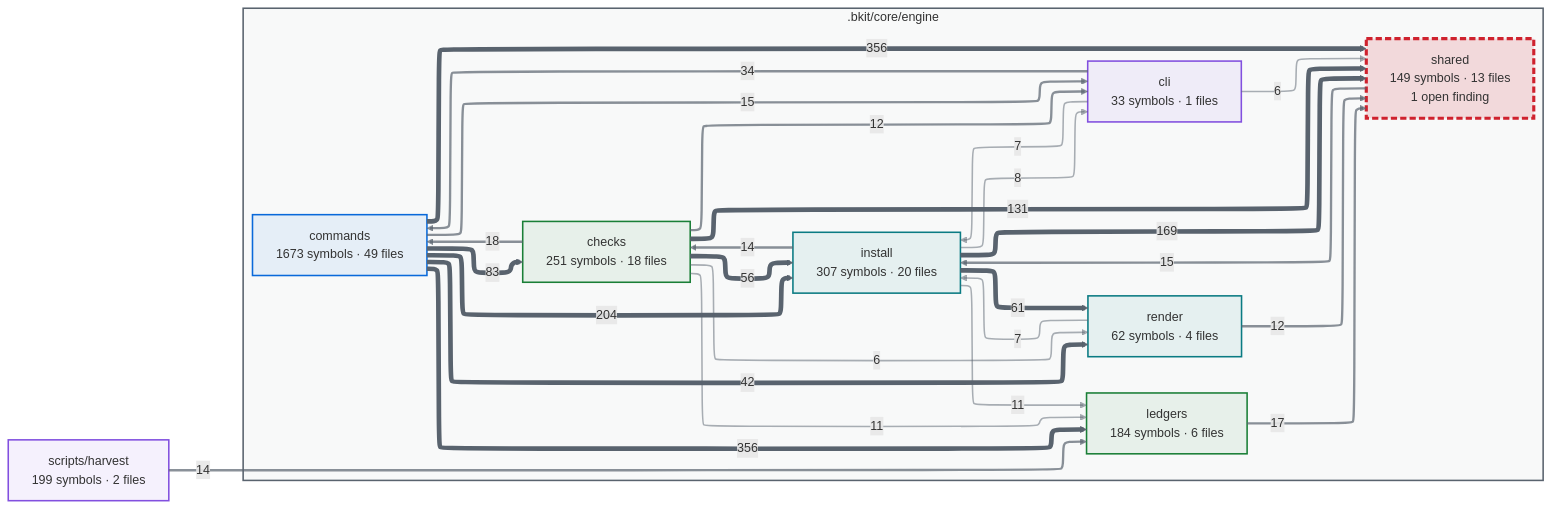
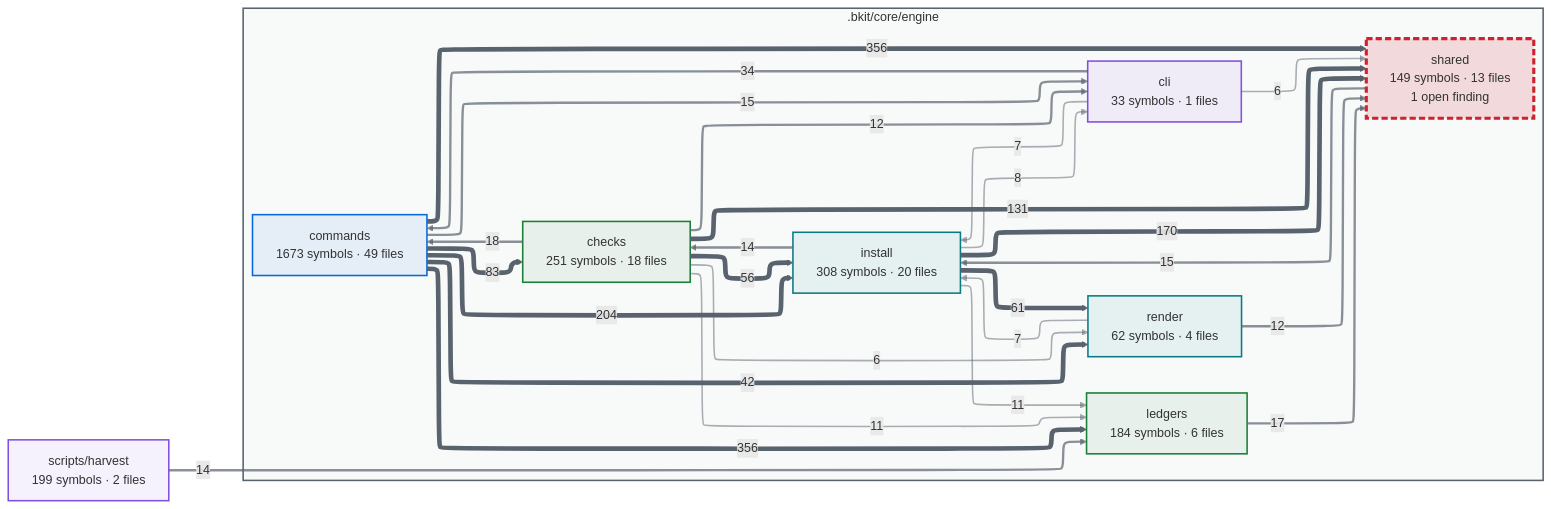
Before and after one commit to cbartens/bkit: the first of 2 diagrams in docs/capabilities.md, drawn with Mermaid. The commit also changed other lines of this file and 1 other file, not shown here.

````diff
--- a/docs/capabilities.md
+++ b/docs/capabilities.md
@@ -154,80 +154,80 @@
 ```mermaid
 ---
 config:
   layout: elk
   themeCSS: "marker { overflow: visible; } marker path { transform: scale(1.8); transform-origin: 5px 5px; }"
   flowchart:
     useMaxWidth: false
 ---
 flowchart LR
   %% Generated by bkit-graphify-rollup.py — do not edit
   subgraph gn_bkit_core_engine[".bkit/core/engine"]
     n_bkit_core_engine_checks["checks<br/>251 symbols · 18 files"]
     n_bkit_core_engine_cli["cli<br/>33 symbols · 1 files"]
     n_bkit_core_engine_commands["commands<br/>1673 symbols · 49 files"]
-    n_bkit_core_engine_install["install<br/>307 symbols · 20 files"]
+    n_bkit_core_engine_install["install<br/>308 symbols · 20 files"]
     n_bkit_core_engine_ledgers["ledgers<br/>184 symbols · 6 files"]
     n_bkit_core_engine_render["render<br/>62 symbols · 4 files"]
     n_bkit_core_engine_shared["shared<br/>149 symbols · 13 files<br/>1 open finding"]
   end
   nscripts_harvest["scripts/harvest<br/>199 symbols · 2 files"]
   n_bkit_core_engine_commands -->|356| n_bkit_core_engine_ledgers
   n_bkit_core_engine_commands -->|356| n_bkit_core_engine_shared
   n_bkit_core_engine_commands -->|204| n_bkit_core_engine_install
-  n_bkit_core_engine_install -->|169| n_bkit_core_engine_shared
+  n_bkit_core_engine_install -->|170| n_bkit_core_engine_shared
   n_bkit_core_engine_checks -->|131| n_bkit_core_engine_shared
   n_bkit_core_engine_commands -->|83| n_bkit_core_engine_checks
   n_bkit_core_engine_install -->|61| n_bkit_core_engine_render
   n_bkit_core_engine_checks -->|56| n_bkit_core_engine_install
   n_bkit_core_engine_commands -->|42| n_bkit_core_engine_render
   n_bkit_core_engine_cli -->|34| n_bkit_core_engine_commands
   n_bkit_core_engine_checks -->|18| n_bkit_core_engine_commands
   n_bkit_core_engine_ledgers -->|17| n_bkit_core_engine_shared
   n_bkit_core_engine_shared -->|15| n_bkit_core_engine_install
   n_bkit_core_engine_commands -->|15| n_bkit_core_engine_cli
   n_bkit_core_engine_install -->|14| n_bkit_core_engine_checks
   nscripts_harvest -->|14| n_bkit_core_engine_ledgers
   n_bkit_core_engine_checks -->|12| n_bkit_core_engine_cli
   n_bkit_core_engine_render -->|12| n_bkit_core_engine_shared
   n_bkit_core_engine_checks -->|11| n_bkit_core_engine_ledgers
   n_bkit_core_engine_install -->|11| n_bkit_core_engine_ledgers
   n_bkit_core_engine_install -->|8| n_bkit_core_engine_cli
   n_bkit_core_engine_cli -->|7| n_bkit_core_engine_install
   n_bkit_core_engine_render -->|7| n_bkit_core_engine_install
   n_bkit_core_engine_checks -->|6| n_bkit_core_engine_render
   n_bkit_core_engine_cli -->|6| n_bkit_core_engine_shared
   style gn_bkit_core_engine fill:#59636e0a,stroke:#59636e,stroke-width:2px
   style n_bkit_core_engine_checks stroke:#1a7f37,stroke-width:2px,fill:#1a7f3714
   style n_bkit_core_engine_cli stroke:#8250df,stroke-width:2px,fill:#8250df14
   style n_bkit_core_engine_commands stroke:#0969da,stroke-width:2px,fill:#0969da14
   style n_bkit_core_engine_install stroke:#0a7b83,stroke-width:2px,fill:#0a7b8314
   style n_bkit_core_engine_ledgers stroke:#1a7f37,stroke-width:2px,fill:#1a7f3714
   style n_bkit_core_engine_render stroke:#0a7b83,stroke-width:2px,fill:#0a7b8314
   style n_bkit_core_engine_shared stroke:#cf222e,stroke-width:4px,stroke-dasharray:8 4,fill:#cf222e26
   style nscripts_harvest stroke:#8250df,stroke-width:2px,fill:#8250df14
   linkStyle 0 stroke:#59636e,stroke-width:6px
   linkStyle 1 stroke:#59636e,stroke-width:6px
   linkStyle 2 stroke:#59636e,stroke-width:6px
   linkStyle 3 stroke:#59636e,stroke-width:6px
   linkStyle 4 stroke:#59636e,stroke-width:6px
   linkStyle 5 stroke:#59636e,stroke-width:6px
   linkStyle 6 stroke:#59636e,stroke-width:6px
   linkStyle 7 stroke:#59636e,stroke-width:6px
   linkStyle 8 stroke:#59636e,stroke-width:6px
   linkStyle 9 stroke:#59636eb3,stroke-width:3px
   linkStyle 10 stroke:#59636eb3,stroke-width:3px
   linkStyle 11 stroke:#59636eb3,stroke-width:3px
   linkStyle 12 stroke:#59636eb3,stroke-width:3px
   linkStyle 13 stroke:#59636eb3,stroke-width:3px
   linkStyle 14 stroke:#59636eb3,stroke-width:3px
   linkStyle 15 stroke:#59636eb3,stroke-width:3px
   linkStyle 16 stroke:#59636eb3,stroke-width:3px
   linkStyle 17 stroke:#59636eb3,stroke-width:3px
   linkStyle 18 stroke:#59636e80,stroke-width:2px
   linkStyle 19 stroke:#59636e80,stroke-width:2px
   linkStyle 20 stroke:#59636e80,stroke-width:2px
   linkStyle 21 stroke:#59636e80,stroke-width:2px
   linkStyle 22 stroke:#59636e80,stroke-width:2px
   linkStyle 23 stroke:#59636e80,stroke-width:2px
   linkStyle 24 stroke:#59636e80,stroke-width:2px
 ```
````
